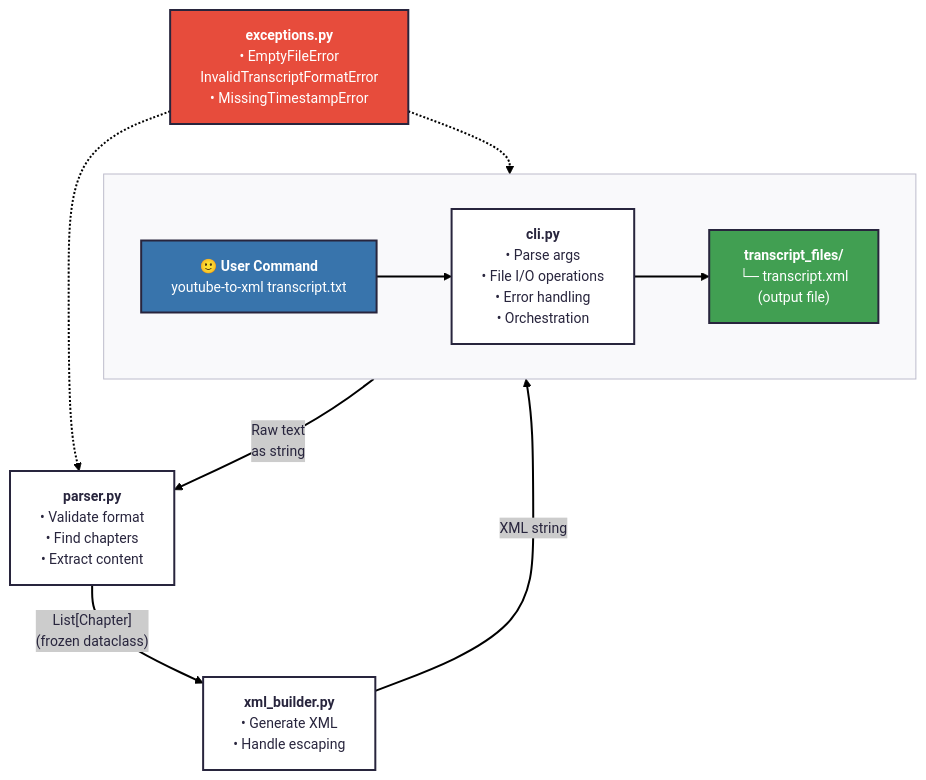
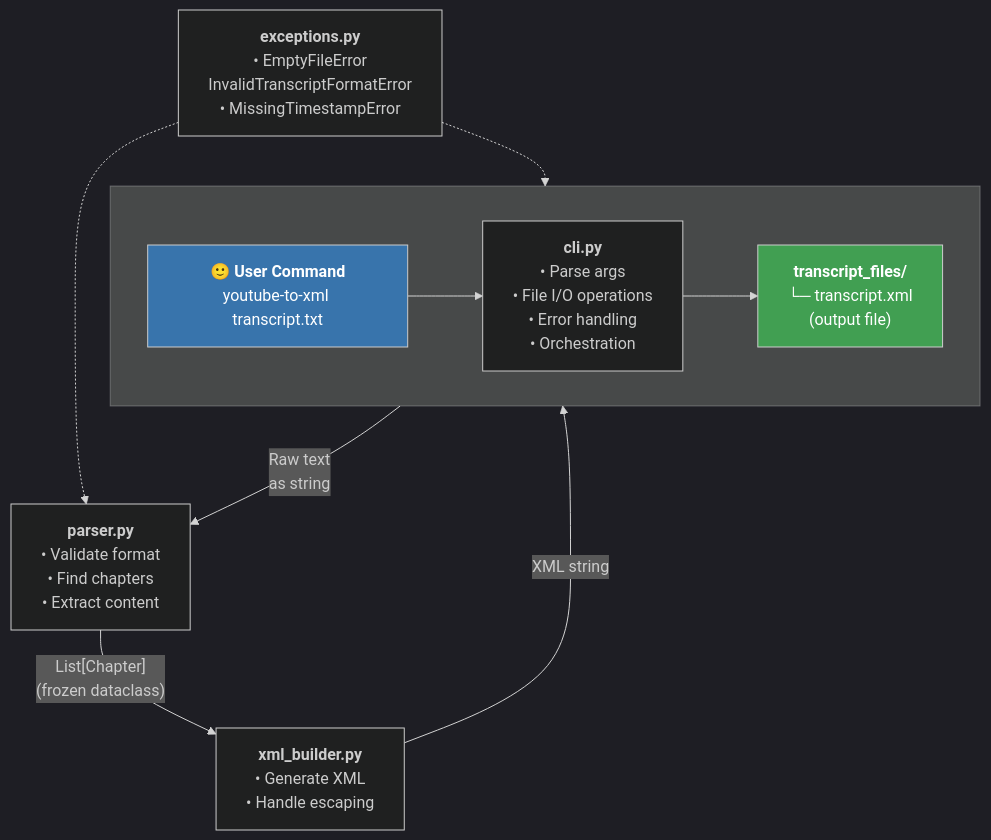
One commit to michellepace/youtube-to-xml changed the diagram in docs/SPEC.md. Above: the diagram before and after it, drawn with Mermaid. The commit also changed other lines of this file and 17 other files, not shown here.

````diff
--- a/docs/SPEC.md
+++ b/docs/SPEC.md
@@ -29,49 +29,48 @@
 ```mermaid
 ---
 config:
-  theme: redux
+  theme: dark
 ---
 flowchart TD
     subgraph TOP[" "]
         direction LR
         
         CLI["`**🙂 User Command**
         youtube-to-xml transcript.txt`"]
 
         CLIMOD["`**cli.py**
         • Parse args
         • File I/O operations
         • Error handling
         • Orchestration`"]
 
         OUTPUT["`**transcript_files/**
         └─ transcript.xml<br>(output file)`"]
 
         CLI --> CLIMOD
         CLIMOD --> OUTPUT
     end
     
     EXCEPTIONS["`**exceptions.py**
     • EmptyFileError
     InvalidTranscriptFormatError
     • MissingTimestampError`"]
     
     PARSER["`**parser.py**
     • Validate format
     • Find chapters
     • Extract content`"]
     
     XMLBUILDER["`**xml_builder.py**
     • Generate XML
     • Handle escaping`"]
     
     CLIMOD --> |Raw text<br>as string| PARSER
     PARSER --> |"List[Chapter]<br>(frozen dataclass)"| XMLBUILDER
     XMLBUILDER --> |XML string| CLIMOD
     EXCEPTIONS -.-> PARSER
     EXCEPTIONS -.-> CLIMOD
     
     style CLI color:#fff,fill:#3874ac
     style OUTPUT color:#fff,fill:#419f52
-    style EXCEPTIONS color:#fff,fill:#e74c3c
 ```
````
